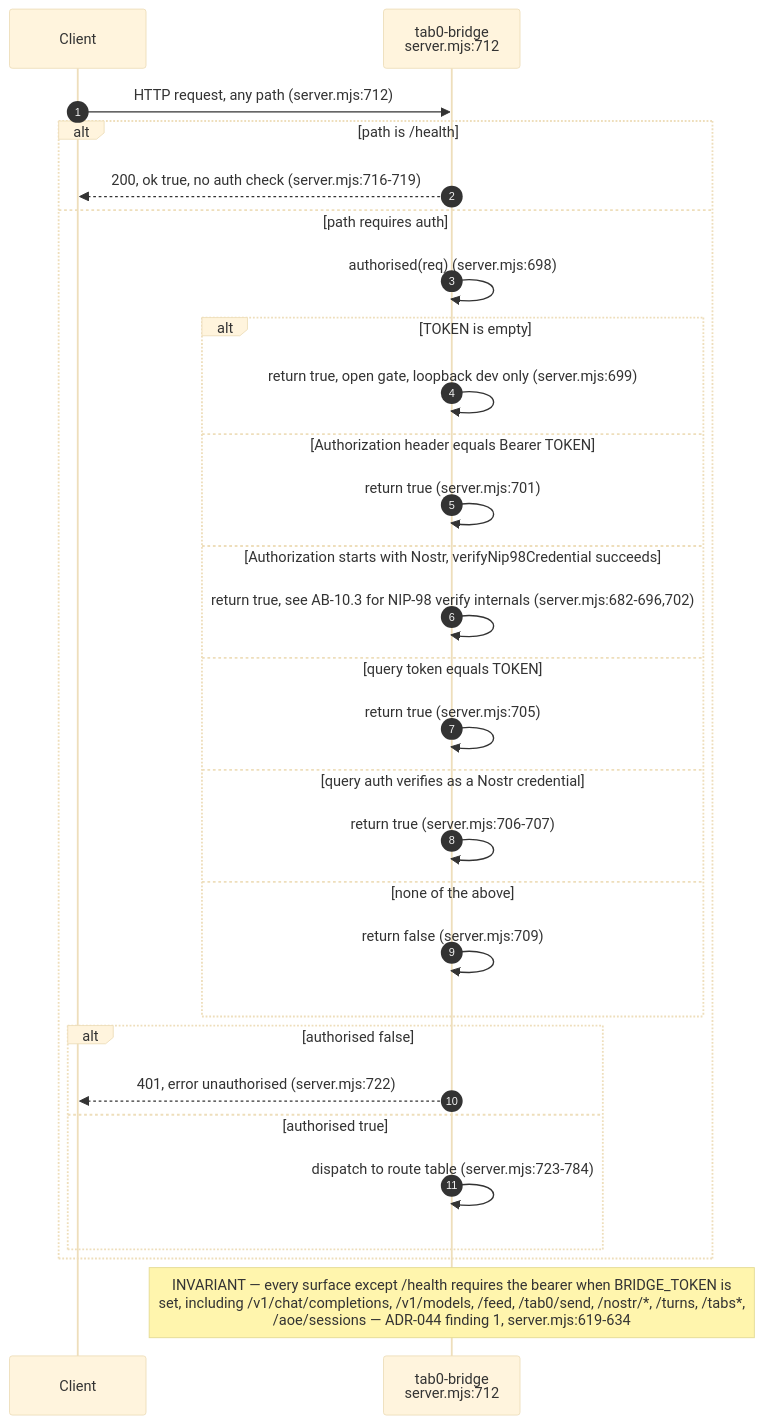
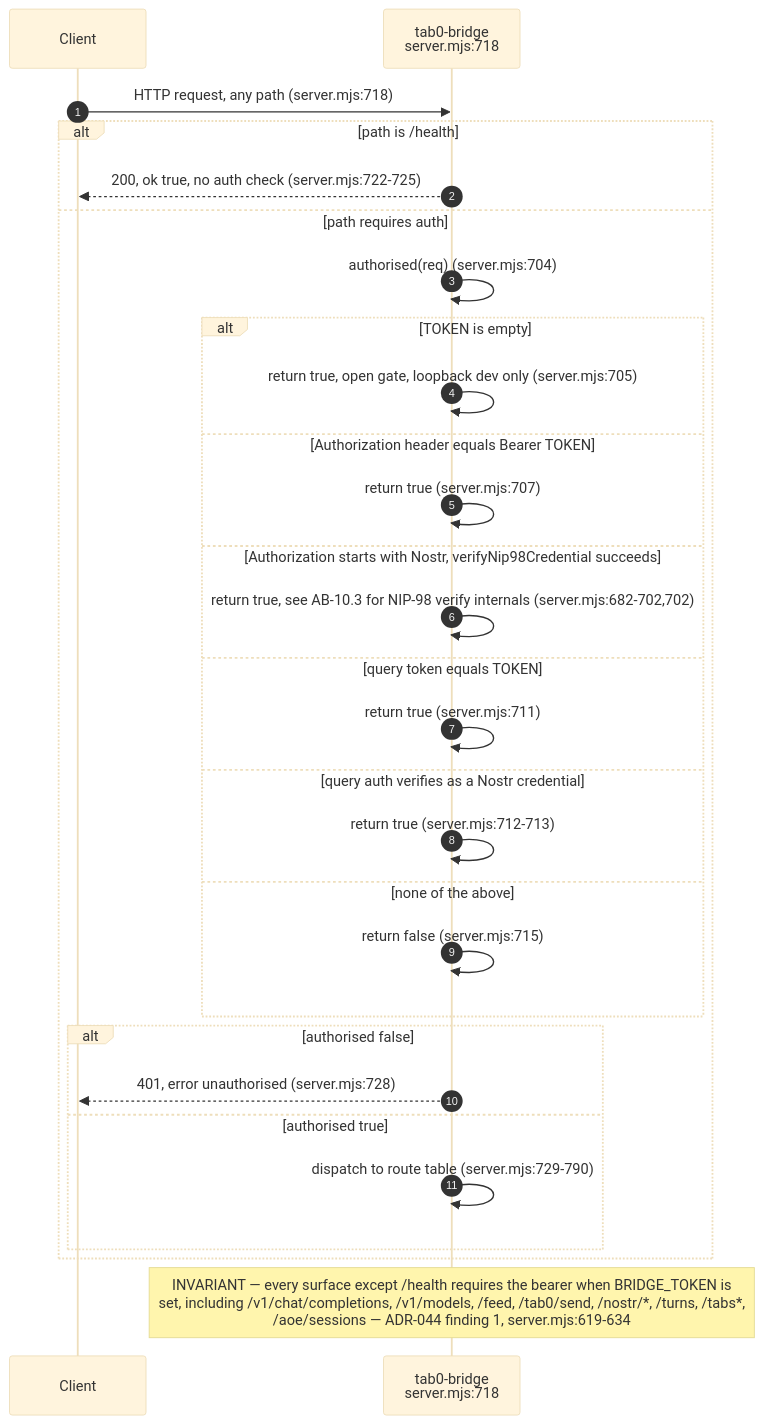
Before and after one commit to DreamLab-AI/VisionFlow: the third of 14 diagrams in docs/diagrams/agentbox/12-tab0-bridge-and-interaction-plane.md, drawn with Mermaid (base theme). The commit also changed other lines of this file and 28 other files, not shown here.

````diff
--- a/docs/diagrams/agentbox/12-tab0-bridge-and-interaction-plane.md
+++ b/docs/diagrams/agentbox/12-tab0-bridge-and-interaction-plane.md
@@ -115,32 +116,32 @@
 ```mermaid
 sequenceDiagram
     autonumber
     participant C as Client
-    participant B as tab0-bridge<br/>server.mjs:712
+    participant B as tab0-bridge<br/>server.mjs:718
 
-    C->>B: HTTP request, any path (server.mjs:712)
+    C->>B: HTTP request, any path (server.mjs:718)
     alt path is /health
-        B-->>C: 200, ok true, no auth check (server.mjs:716-719)
+        B-->>C: 200, ok true, no auth check (server.mjs:722-725)
     else path requires auth
-        B->>B: authorised(req) (server.mjs:698)
+        B->>B: authorised(req) (server.mjs:704)
         alt TOKEN is empty
-            B->>B: return true, open gate, loopback dev only (server.mjs:699)
+            B->>B: return true, open gate, loopback dev only (server.mjs:705)
         else Authorization header equals Bearer TOKEN
-            B->>B: return true (server.mjs:701)
+            B->>B: return true (server.mjs:707)
         else Authorization starts with Nostr, verifyNip98Credential succeeds
-            B->>B: return true, see AB-10.3 for NIP-98 verify internals (server.mjs:682-696,702)
+            B->>B: return true, see AB-10.3 for NIP-98 verify internals (server.mjs:682-702,702)
         else query token equals TOKEN
-            B->>B: return true (server.mjs:705)
+            B->>B: return true (server.mjs:711)
         else query auth verifies as a Nostr credential
-            B->>B: return true (server.mjs:706-707)
+            B->>B: return true (server.mjs:712-713)
         else none of the above
-            B->>B: return false (server.mjs:709)
+            B->>B: return false (server.mjs:715)
         end
         alt authorised false
-            B-->>C: 401, error unauthorised (server.mjs:722)
+            B-->>C: 401, error unauthorised (server.mjs:728)
         else authorised true
-            B->>B: dispatch to route table (server.mjs:723-784)
+            B->>B: dispatch to route table (server.mjs:729-790)
         end
     end
 Note over B: INVARIANT — every surface except /health requires the bearer when BRIDGE_TOKEN is<br/>set, including /v1/chat/completions, /v1/models, /feed, /tab0/send, /nostr/*, /turns, /tabs*,<br/>/aoe/sessions — ADR-044 finding 1, server.mjs:619-634
 ```
````
